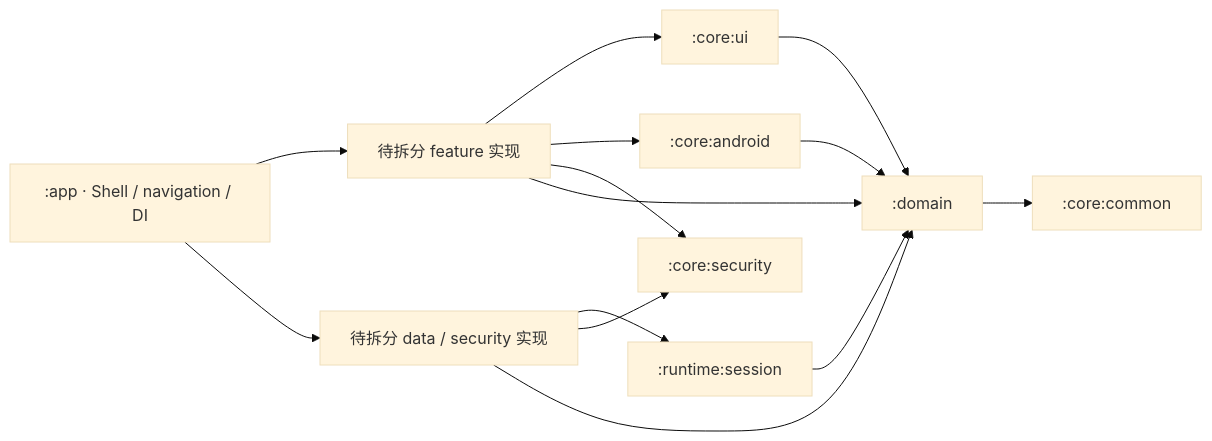
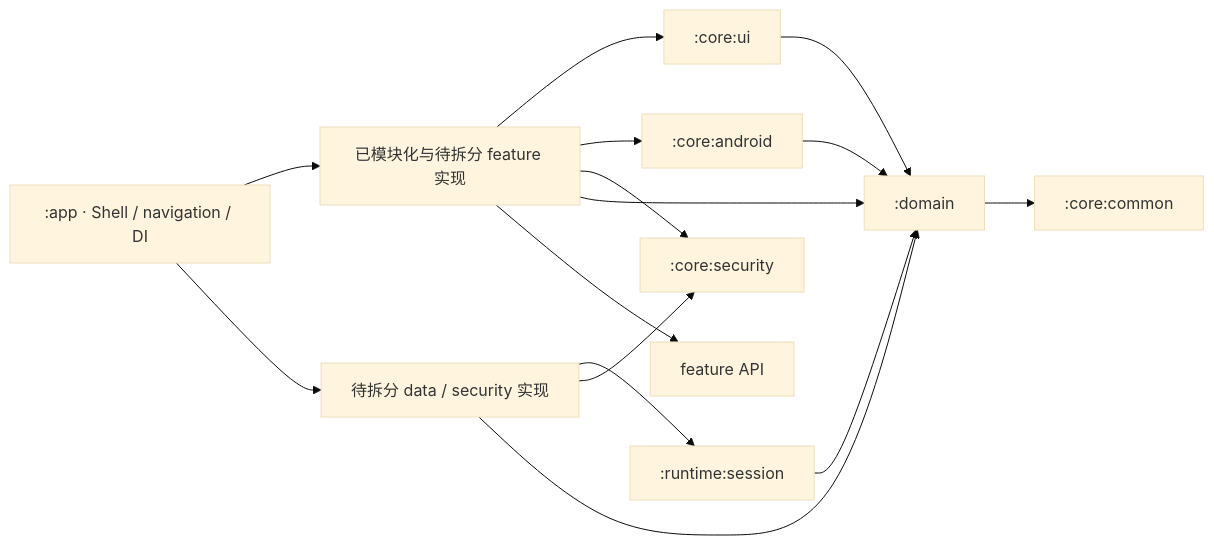
One commit to aozijx/Passly changed the first of 2 diagrams in docs/architecture/overview.md. Above: the diagram before and after it, drawn with Mermaid (base theme). The commit also changed other lines of this file and 18 other files, not shown here.

````diff
--- a/docs/architecture/overview.md
+++ b/docs/architecture/overview.md
@@ -21,16 +22,17 @@
 ```mermaid
 flowchart LR
-    APP[":app · Shell / navigation / DI"] --> FEATURE["待拆分 feature 实现"]
+    APP[":app · Shell / navigation / DI"] --> FEATURE["已模块化与待拆分 feature 实现"]
     APP --> DATA["待拆分 data / security 实现"]
     FEATURE --> UI[":core:ui"]
     FEATURE --> ANDROID[":core:android"]
     FEATURE --> SECURITY[":core:security"]
     FEATURE --> D[":domain"]
+    FEATURE --> FEATURE_API["feature API"]
     DATA --> SESSION[":runtime:session"]
     DATA --> SECURITY
     DATA --> D
     UI --> D
     ANDROID --> D
     SESSION --> D
     D --> COMMON[":core:common"]
 ```
````
